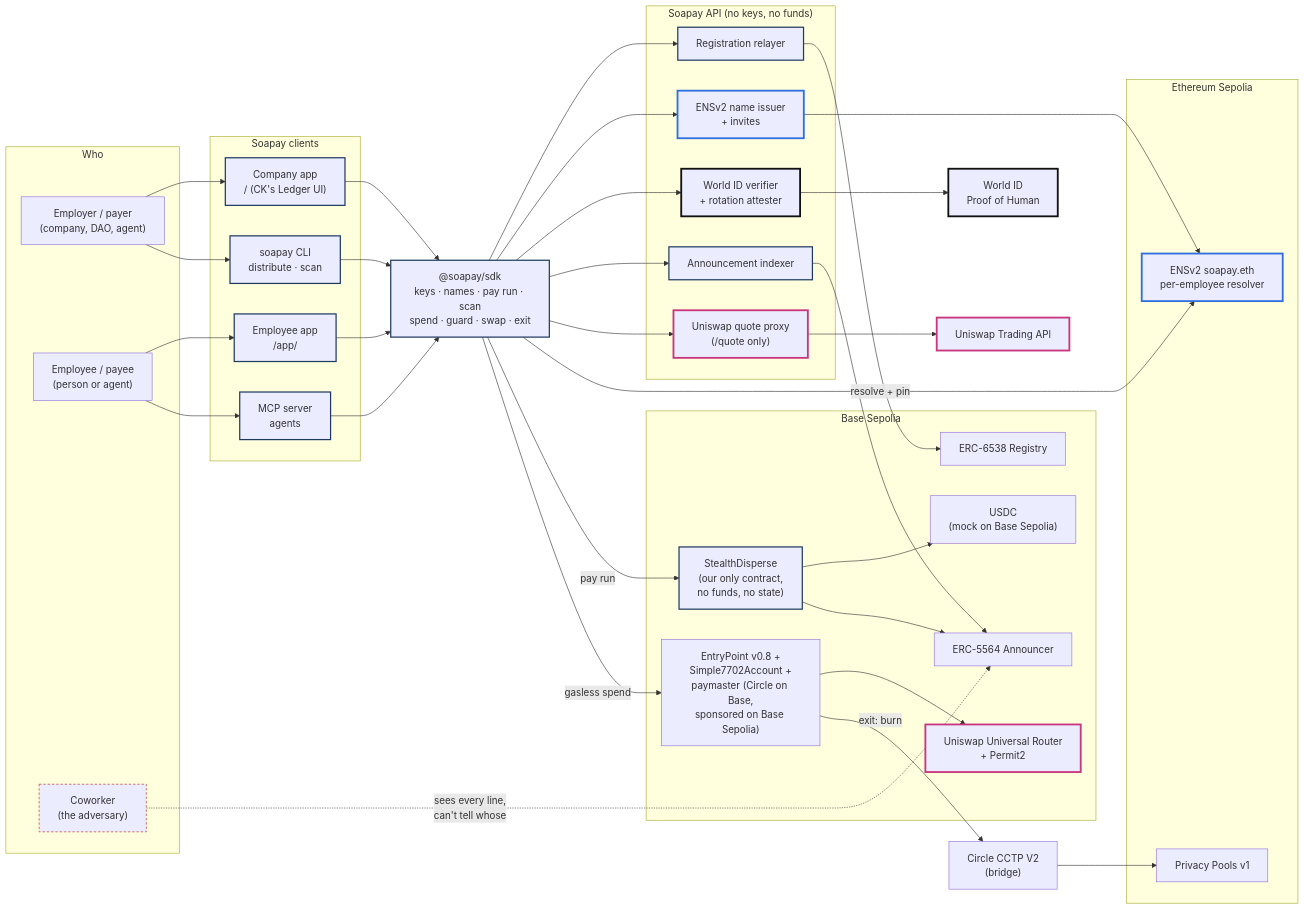
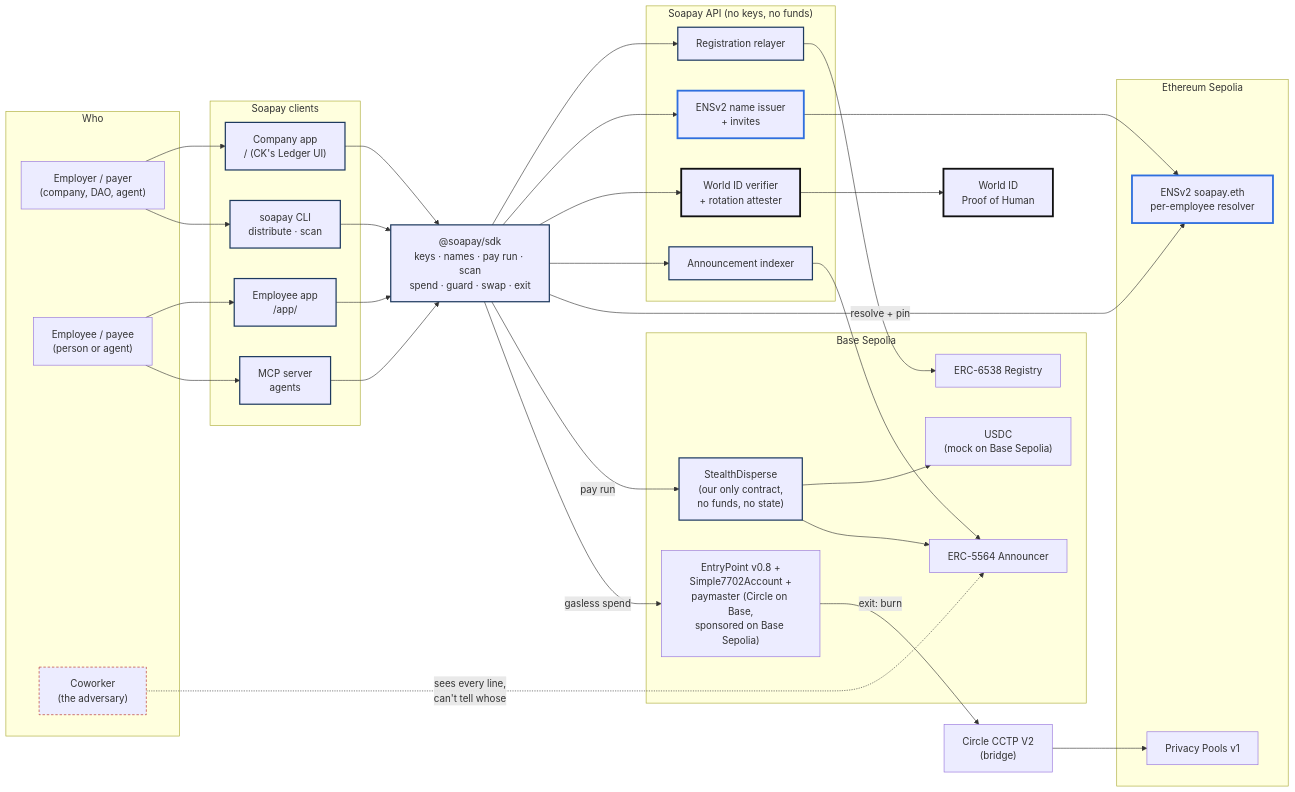
Before and after one commit to easonchai/soapay: the first of 7 diagrams in docs/architecture.md, drawn with Mermaid. The commit also changed other lines of this file and 10 other files, not shown here.

````diff
--- a/docs/architecture.md
+++ b/docs/architecture.md
@@ -38,78 +38,72 @@
 ```mermaid
 flowchart LR
   subgraph People["Who"]
     EMP["Employer / payer<br/>(company, DAO, agent)"]
     EE["Employee / payee<br/>(person or agent)"]
     CW["Coworker<br/>(the adversary)"]
   end
 
   subgraph Clients["Soapay clients"]
     SENDER["Company app<br/>/ (CK's Ledger UI)"]
     RECIP["Employee app<br/>/app/"]
     CLI["soapay CLI<br/>distribute · scan"]
     MCP["MCP server<br/>agents"]
   end
 
   SDK["@soapay/sdk<br/>keys · names · pay run · scan<br/>spend · guard · swap · exit"]
 
   subgraph API["Soapay API (no keys, no funds)"]
     RELAY["Registration relayer"]
     ISSUER["ENSv2 name issuer<br/>+ invites"]
     WIDV["World ID verifier<br/>+ rotation attester"]
     IDX["Announcement indexer"]
-    QPROXY["Uniswap quote proxy<br/>(/quote only)"]
   end
 
   subgraph Base["Base Sepolia"]
     REG["ERC-6538 Registry"]
     ANN["ERC-5564 Announcer"]
     SD["StealthDisperse<br/>(our only contract,<br/>no funds, no state)"]
     USDC["USDC<br/>(mock on Base Sepolia)"]
     AA["EntryPoint v0.8 +<br/>Simple7702Account +<br/>paymaster (Circle on Base,<br/>sponsored on Base Sepolia)"]
-    UR["Uniswap Universal Router<br/>+ Permit2"]
   end
 
   subgraph L1["Ethereum Sepolia"]
     ENS["ENSv2 soapay.eth<br/>per-employee resolver"]
     PP["Privacy Pools v1"]
   end
 
   CCTP["Circle CCTP V2<br/>(bridge)"]
   WID["World ID<br/>Proof of Human"]
-  UAPI["Uniswap Trading API"]
 
   EMP --> SENDER
   EMP --> CLI
   EE --> RECIP
   EE --> MCP
   SENDER --> SDK
   RECIP --> SDK
   CLI --> SDK
   MCP --> SDK
 
   SDK --> RELAY --> REG
   SDK --> ISSUER --> ENS
   SDK --> WIDV --> WID
   SDK --> IDX --> ANN
-  SDK --> QPROXY --> UAPI
   SDK -- "resolve + pin" --> ENS
   SDK -- "pay run" --> SD
   SD --> USDC
   SD --> ANN
   SDK -- "gasless spend" --> AA
-  AA --> UR
   AA -- "exit: burn" --> CCTP --> PP
 
   CW -. "sees every line,<br/>can't tell whose" .-> ANN
 
   classDef ens stroke:#2F6FDE,stroke-width:3px
   classDef wid stroke:#111111,stroke-width:3px
   classDef uni stroke:#C8367E,stroke-width:3px
   classDef own stroke:#1E3A5F,stroke-width:2px
   classDef adv stroke:#B3261E,stroke-dasharray: 4 3
   class ENS,ISSUER ens
   class WID,WIDV wid
-  class UR,UAPI,QPROXY uni
   class SDK,SENDER,RECIP,CLI,MCP,SD,RELAY,IDX own
   class CW adv
 ```
````
